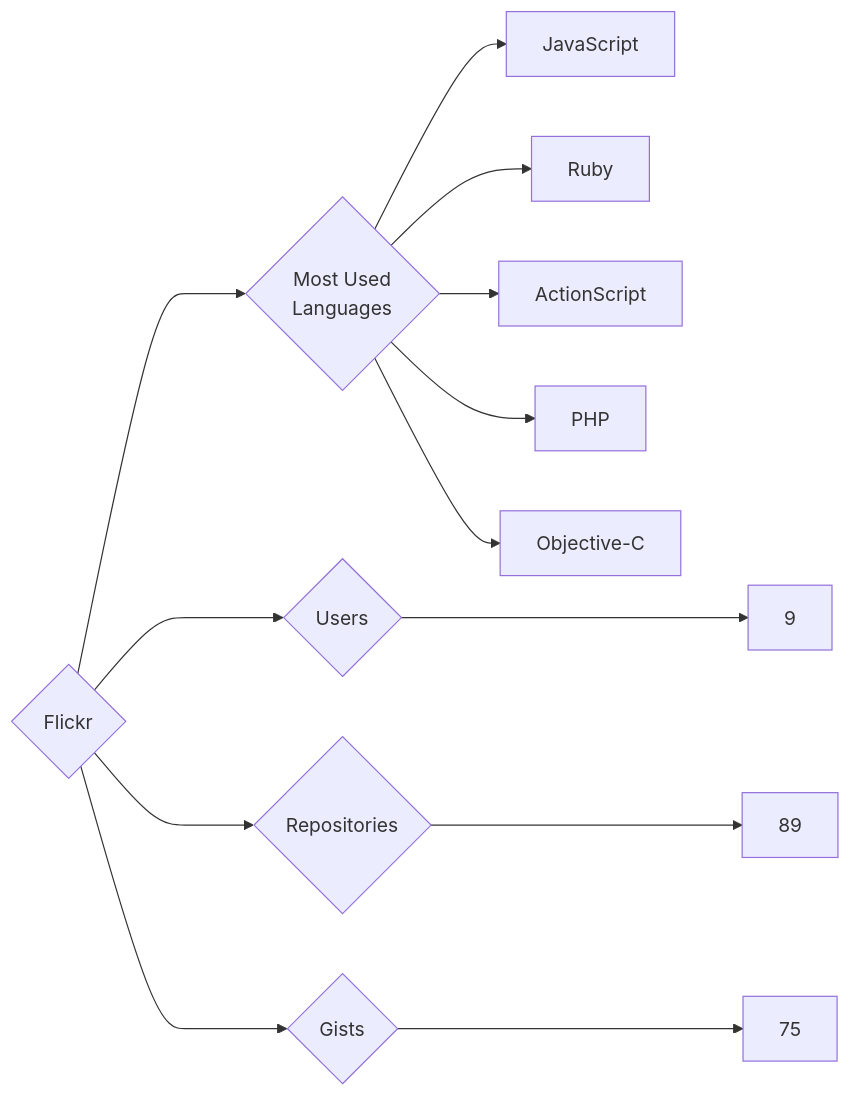
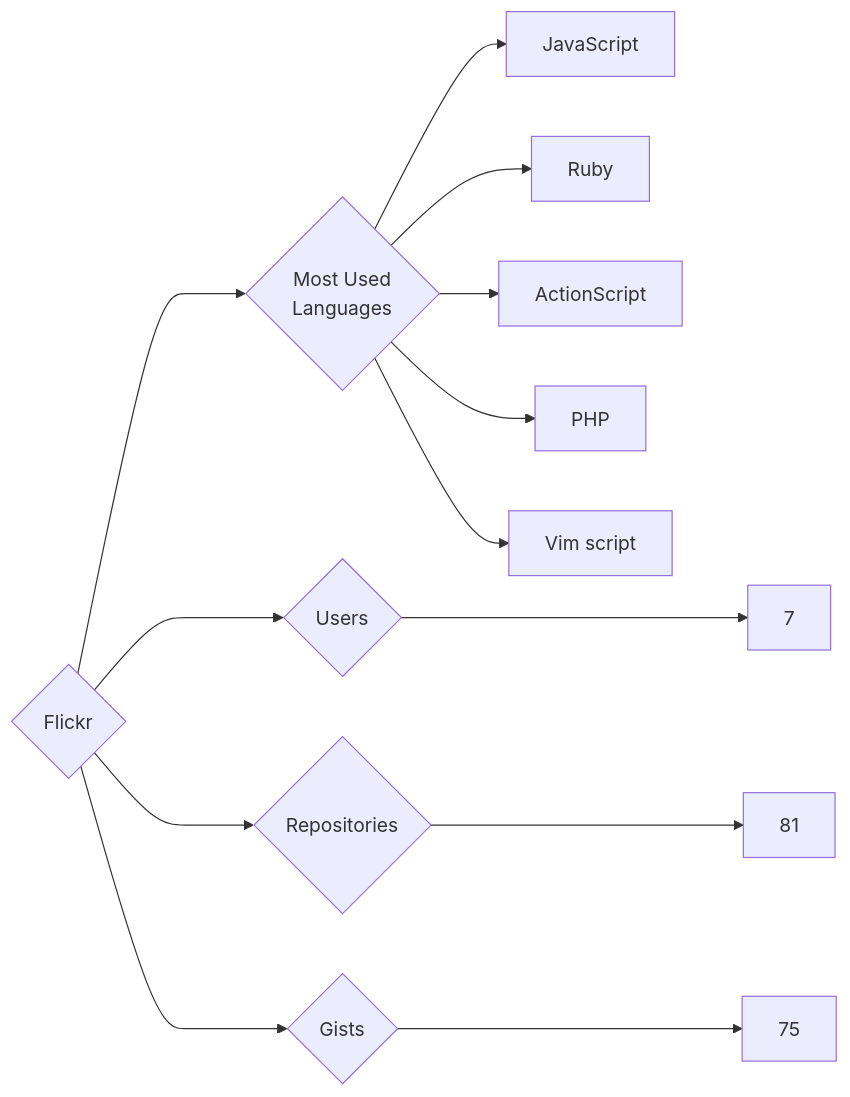
The diagram in targets/Flickr/README.md (trickest/insiders), drawn with Mermaid before and after one commit. The commit also changed 932 other files, not shown here.

````diff
--- a/targets/Flickr/README.md
+++ b/targets/Flickr/README.md
@@ -3,13 +3,13 @@
 ```mermaid
 graph LR
 COMPANY_NAME{Flickr}
-COMPANY_NAME ---> U{Users} ---> UN[9]
-COMPANY_NAME ---> R{Repositories} ---> RN[89]
+COMPANY_NAME ---> U{Users} ---> UN[7]
+COMPANY_NAME ---> R{Repositories} ---> RN[81]
 COMPANY_NAME ---> G{Gists} ---> GN[75]
 COMPANY_NAME ---> ML{Most Used<br>Languages}
 ML --> JavaScript[JavaScript]
 ML --> Ruby[Ruby]
 ML --> ActionScript[ActionScript]
 ML --> PHP[PHP]
-ML --> Objective-C[Objective-C]
+ML --> Vim_script[Vim script]
 ```
````
